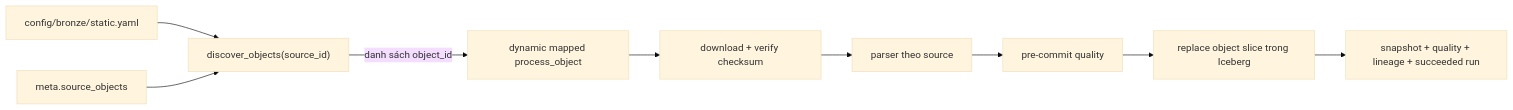
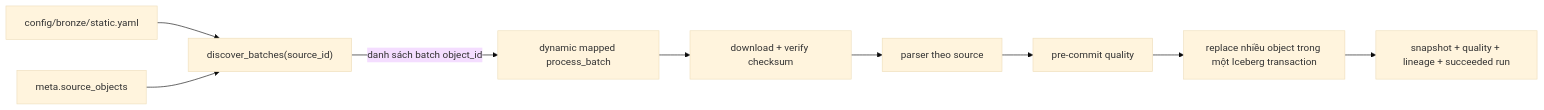
One commit to cloud-vmih/flood-lake-kg changed the third of 5 diagrams in docs/pipeline_architecture_and_roadmap.md. Above: the diagram before and after it, drawn with Mermaid (base theme). The commit also changed other lines of this file and 15 other files, not shown here.

Commit message:
perf: batch small Bronze object commits

````diff
--- a/docs/pipeline_architecture_and_roadmap.md
+++ b/docs/pipeline_architecture_and_roadmap.md
@@ -182,11 +185,11 @@
 ```mermaid
 flowchart LR
-  C["config/bronze/static.yaml"] --> D["discover_objects(source_id)"]
+  C["config/bronze/static.yaml"] --> D["discover_batches(source_id)"]
   SO["meta.source_objects"] --> D
-  D -->|"danh sách object_id"| M["dynamic mapped process_object"]
+  D -->|"danh sách batch object_id"| M["dynamic mapped process_batch"]
   M --> DL["download + verify checksum"]
   DL --> P["parser theo source"]
   P --> QA["pre-commit quality"]
-  QA --> W["replace object slice trong Iceberg"]
+  QA --> W["replace nhiều object trong một Iceberg transaction"]
   W --> PM["snapshot + quality + lineage + succeeded run"]
 ```
````
